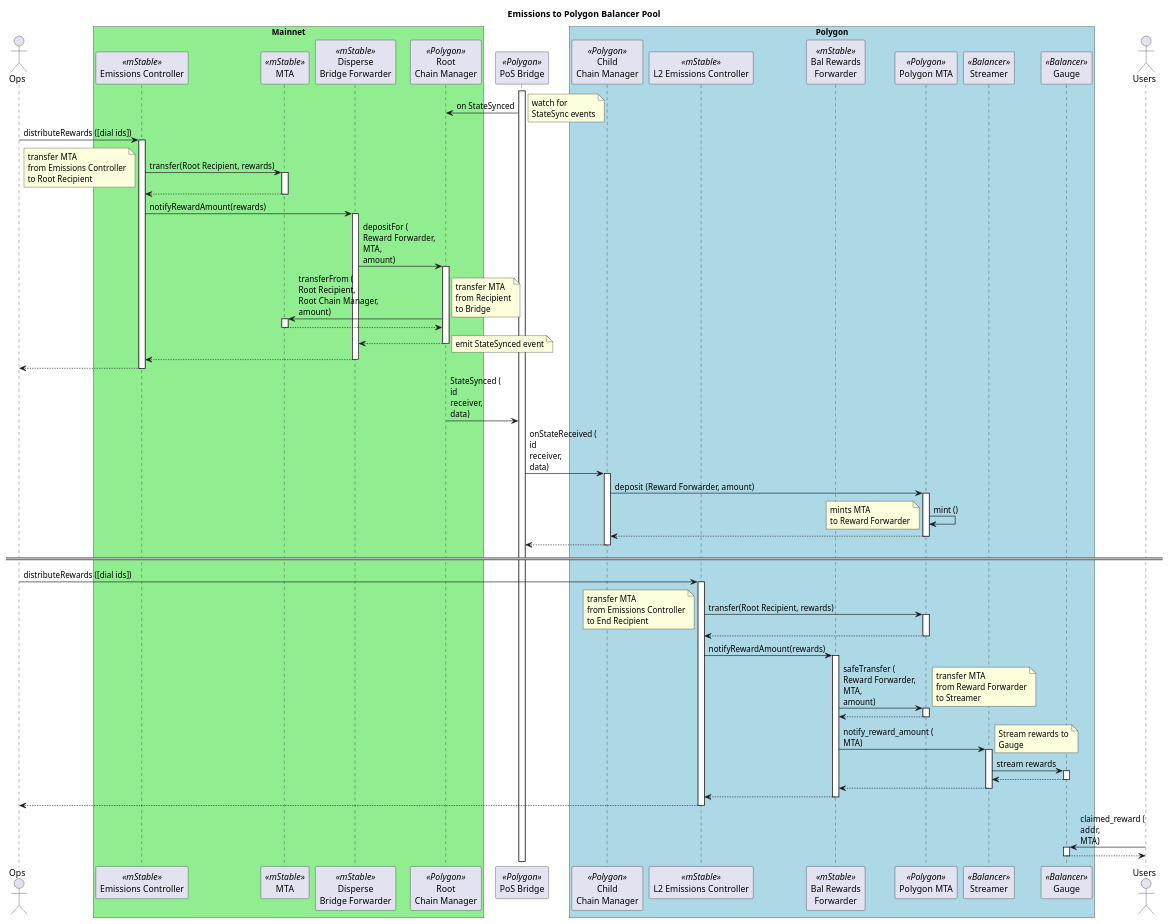
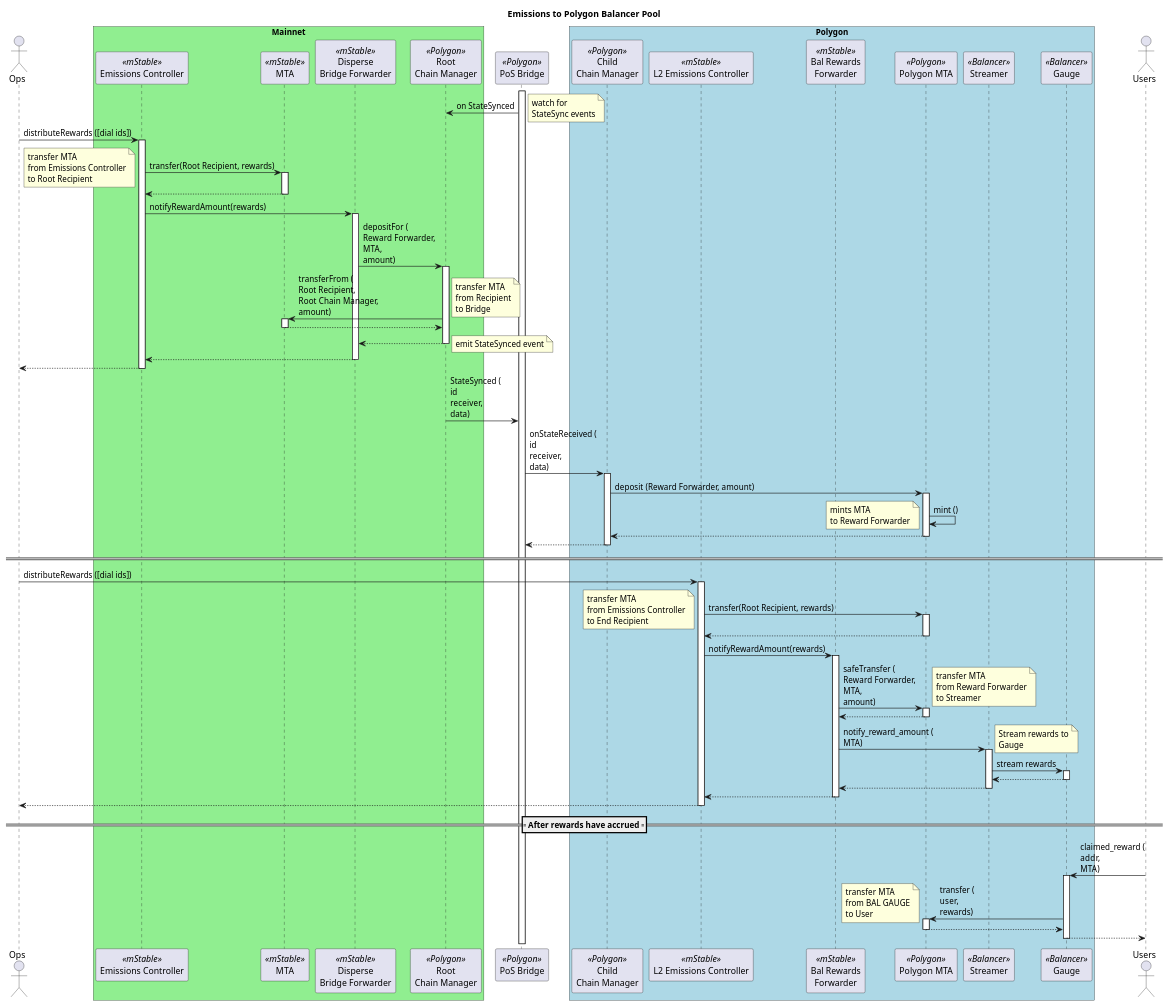
One commit to mstable/mStable-process-docs changed the diagram in emissions/polygonBridge_balancer.puml. Above: the diagram before and after it, drawn with PlantUML. The commit also changed 1 other file, not shown here.

Commit message:
chore: updates polygon bridge balancer flow

```diff
--- a/emissions/polygonBridge_balancer.puml
+++ b/emissions/polygonBridge_balancer.puml
@@ -1,91 +1,96 @@
 @startuml
 
 title "Emissions to Polygon Balancer Pool"
 
 actor Ops as ops
 
 box "Mainnet" #LightGreen
 participant "Emissions Controller" as ec <<mStable>>
 participant "MTA" as mta <<mStable>>
 participant "Disperse\nBridge Forwarder" as bf <<mStable>>
 participant "Root\nChain Manager" as rcm <<Polygon>>
 end box
 
 participant "PoS Bridge" as b <<Polygon>>
 
 
 box "Polygon" #LightBlue
 participant "Child\nChain Manager" as ccm <<Polygon>>
 participant "L2 Emissions Controller" as pec <<mStable>>
 participant "Bal Rewards\nForwarder" as df <<mStable>>
 participant "Polygon MTA" as pmta <<Polygon>>
 participant "Streamer" as s <<Balancer>>
 participant "Gauge" as bg <<Balancer>>
 end box
 
 actor Users as user
 
 activate b
 b -> rcm : on StateSynced
 note right : watch for\nStateSync events
 
 ops -> ec : distributeRewards ([dial ids])
 activate ec
 ec -> mta: transfer(Root Recipient, rewards)
 activate mta
 note left: transfer MTA\nfrom Emissions Controller\nto Root Recipient
 return
 ec -> bf: notifyRewardAmount(rewards)
 activate bf
 bf -> rcm : depositFor (\nReward Forwarder,\nMTA,\namount)
 activate rcm
 rcm -> mta : transferFrom (\nRoot Recipient,\nRoot Chain Manager,\namount)
 note right : transfer MTA\nfrom Recipient\nto Bridge
 activate mta
 return
 return
 note right : emit StateSynced event
 return
 return
 
 rcm -> b : StateSynced (\nid\nreceiver,\ndata)
 b -> ccm : onStateReceived (\nid\nreceiver,\ndata)
 activate ccm
 ccm -> pmta : deposit (Reward Forwarder, amount)
 activate pmta
 pmta -> pmta : mint ()
 note left : mints MTA\nto Reward Forwarder
 return
 return
 
 ====
 
 ops -> pec : distributeRewards ([dial ids])
 activate pec
 pec -> pmta: transfer(Root Recipient, rewards)
 activate pmta
 note left: transfer MTA\nfrom Emissions Controller\nto End Recipient
 return
 pec -> df: notifyRewardAmount(rewards)
 activate df
 df -> pmta : safeTransfer (\nReward Forwarder,\nMTA,\namount)
 activate pmta
 note right : transfer MTA\nfrom Reward Forwarder\nto Streamer
 return
 df -> s : notify_reward_amount (\nMTA)
 activate s
 note right : Stream rewards to\nGauge
 s -> bg : stream rewards
 activate bg
 return
 return
 return
 
 return
 
+==== After rewards have accrued ====
+
 user -> bg : claimed_reward (\naddr,\nMTA)
 activate bg
+bg -> pmta : transfer (\nuser,\nrewards)
+activate pmta
+note left: transfer MTA\nfrom BAL GAUGE\nto User
+return
 return
 
-
 @enduml
```
